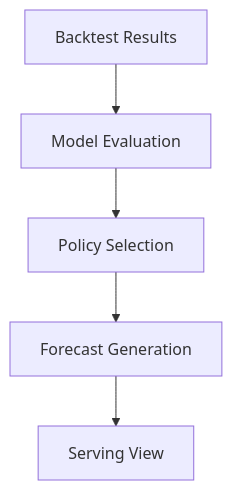
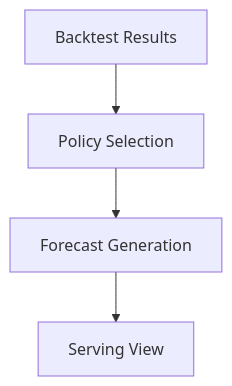
One commit to cyhsu15/aiorderfood changed the second of 2 diagrams in README.md. Above: the diagram before and after it, drawn with Mermaid. The commit also changed other lines of this file, not shown here.

````diff
--- a/README.md
+++ b/README.md
@@ -120,13 +117,12 @@
 ```mermaid
 flowchart TB
     BT["Backtest Results"]
-    MAE["Model Evaluation"]
+
     POLICY["Policy Selection"]
     FORECAST["Forecast Generation"]
     SERVE["Serving View"]
 
-    BT --> MAE
-    MAE --> POLICY
+    BT --> POLICY
     POLICY --> FORECAST
     FORECAST --> SERVE
 ```
````
